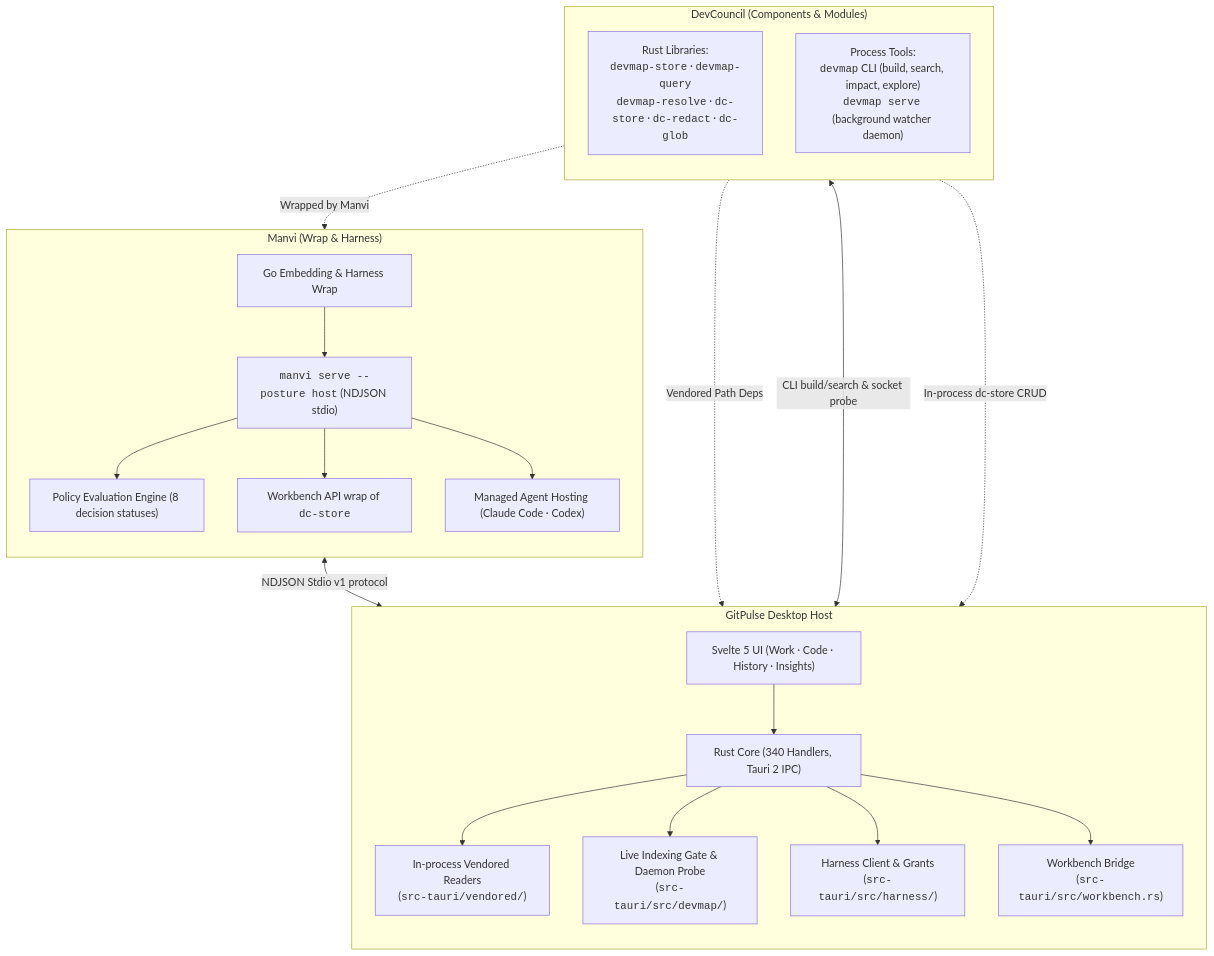
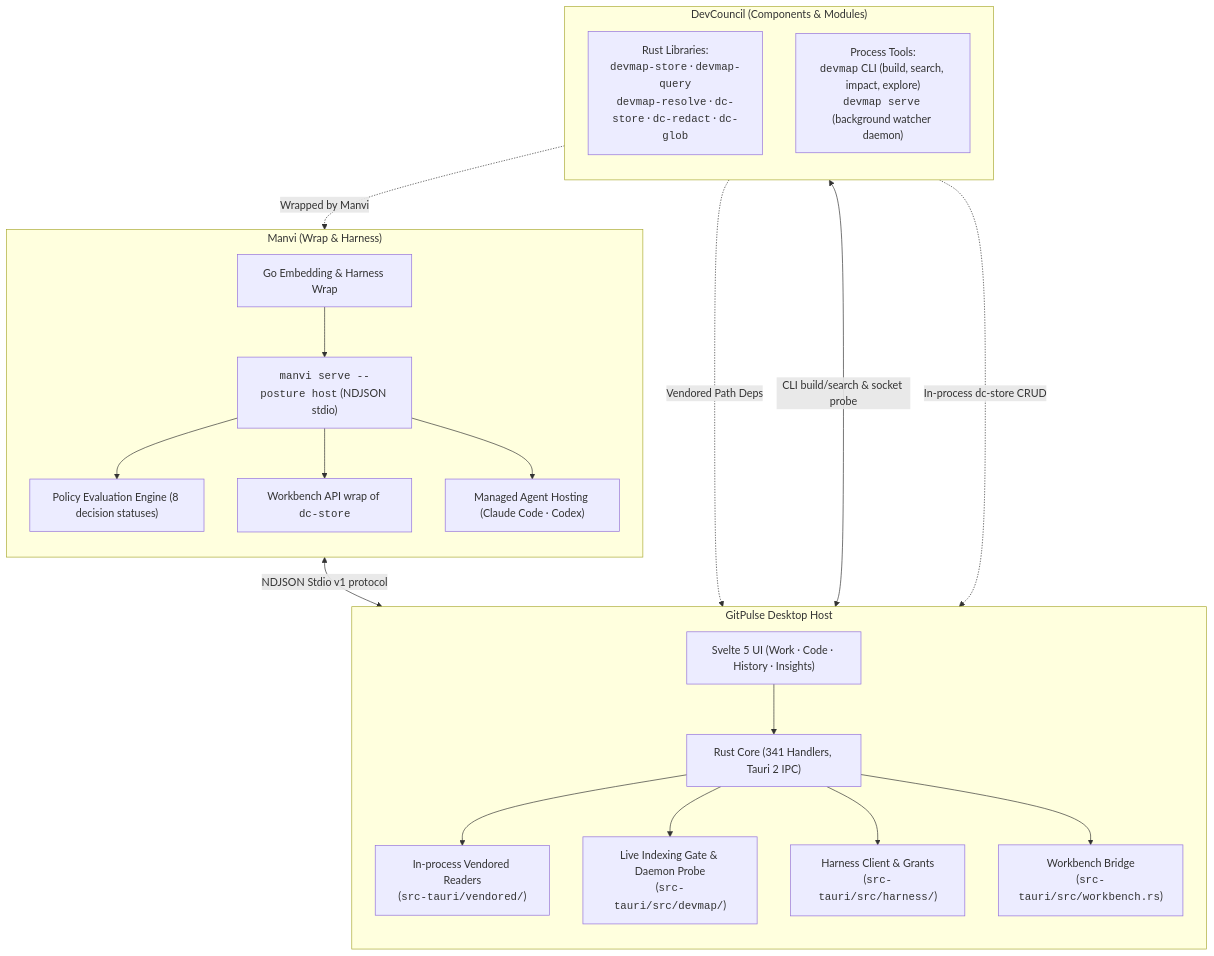
One commit to bharathvbcr/GitPulse changed the first of 3 diagrams in docs/MODULE_INTEGRATION.md. Above: the diagram before and after it, drawn with Mermaid. The commit also changed 22 other files, not shown here.

````diff
--- a/docs/MODULE_INTEGRATION.md
+++ b/docs/MODULE_INTEGRATION.md
@@ -40,43 +40,43 @@
 ```mermaid
 flowchart TD
     subgraph DevCouncil["DevCouncil (Components & Modules)"]
         direction TB
         DCLibs["Rust Libraries:<br/><code>devmap-store</code> · <code>devmap-query</code><br/><code>devmap-resolve</code> · <code>dc-store</code> · <code>dc-redact</code> · <code>dc-glob</code>"]
         DCCLI["Process Tools:<br/><code>devmap</code> CLI (build, search, impact, explore)<br/><code>devmap serve</code> (background watcher daemon)"]
     end
 
     subgraph Manvi["Manvi (Wrap & Harness)"]
         direction TB
         ManviWrap["Go Embedding & Harness Wrap"]
         ManviSidecar["<code>manvi serve --posture host</code> (NDJSON stdio)"]
         ManviPolicy["Policy Evaluation Engine (8 decision statuses)"]
         ManviWorkbench["Workbench API wrap of <code>dc-store</code>"]
         ManviAgents["Managed Agent Hosting (Claude Code · Codex)"]
         ManviWrap --> ManviSidecar
         ManviSidecar --> ManviPolicy
         ManviSidecar --> ManviWorkbench
         ManviSidecar --> ManviAgents
     end
 
     subgraph GitPulseHost["GitPulse Desktop Host"]
         direction TB
         UIHost["Svelte 5 UI (Work · Code · History · Insights)"]
-        RustIPC["Rust Core (340 Handlers, Tauri 2 IPC)"]
+        RustIPC["Rust Core (341 Handlers, Tauri 2 IPC)"]
         InProcessReaders["In-process Vendored Readers<br/>(<code>src-tauri/vendored/</code>)"]
         CLIGate["Live Indexing Gate & Daemon Probe<br/>(<code>src-tauri/src/devmap/</code>)"]
         HarnessClient["Harness Client & Grants<br/>(<code>src-tauri/src/harness/</code>)"]
         WorkbenchCmd["Workbench Bridge<br/>(<code>src-tauri/src/workbench.rs</code>)"]
 
         UIHost --> RustIPC
         RustIPC --> InProcessReaders
         RustIPC --> CLIGate
         RustIPC --> HarnessClient
         RustIPC --> WorkbenchCmd
     end
 
     DCLibs -.->|Vendored Path Deps| InProcessReaders
     DCCLI <-->|CLI build/search & socket probe| CLIGate
     DCLibs -.->|Wrapped by Manvi| ManviWorkbench
     ManviSidecar <-->|NDJSON Stdio v1 protocol| HarnessClient
     DCLibs -.->|In-process dc-store CRUD| WorkbenchCmd
 ```
````
